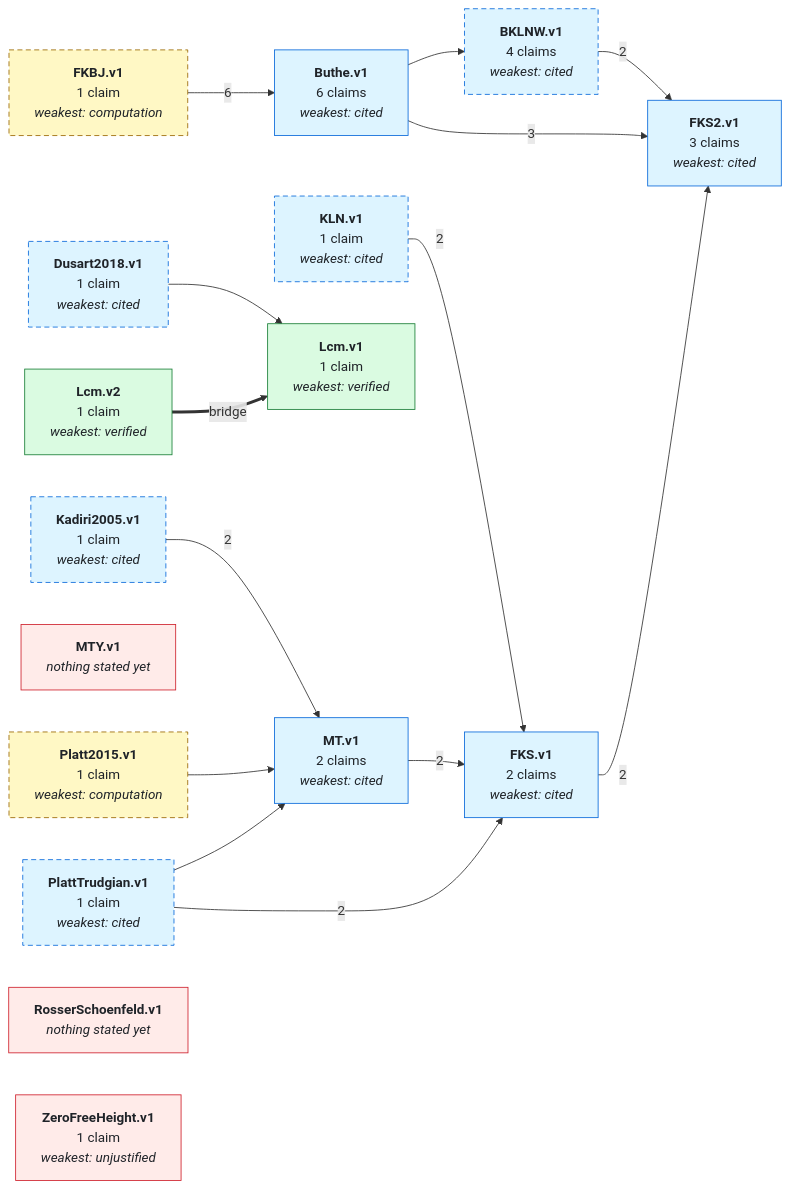
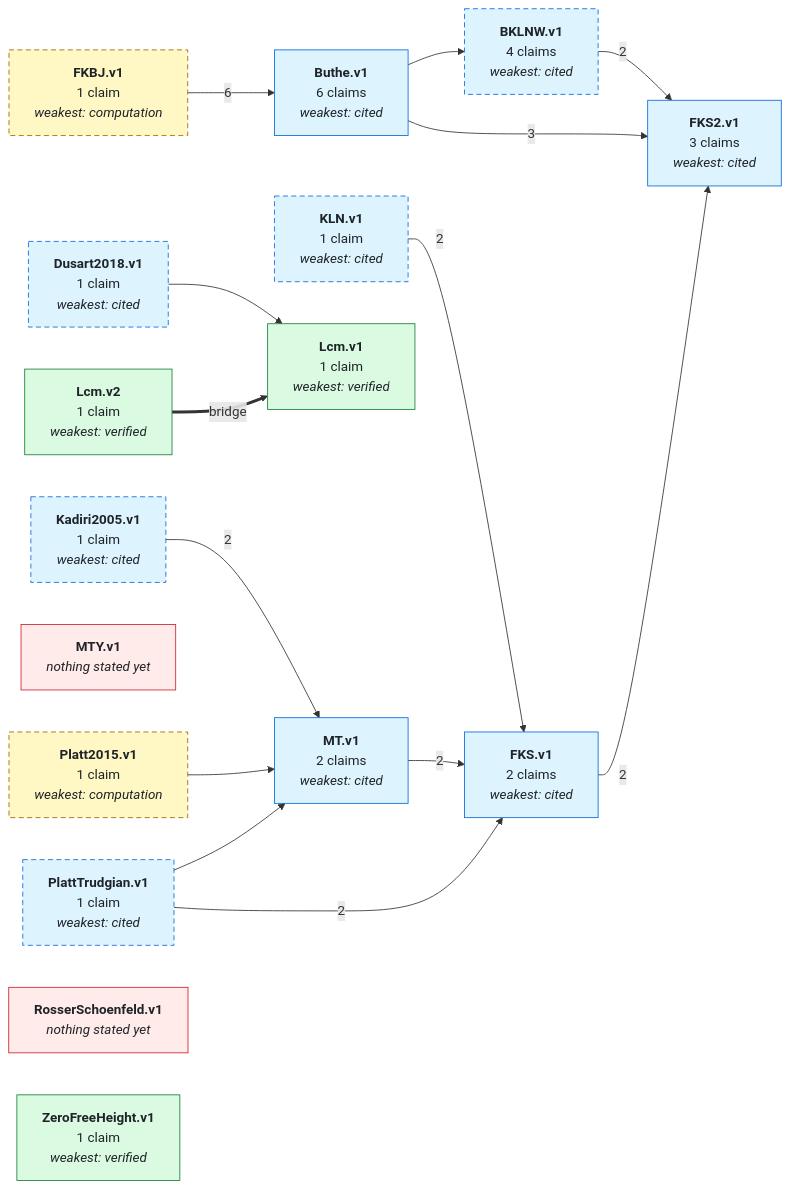
The first of 2 diagrams in GRAPH.md (teorth/IEANTN), drawn with Mermaid before and after one commit. The commit also changed other lines of this file and 5 other files, not shown here.

Commit message:
Record verification receipt for ZeroFreeHeight.v1

````diff
--- a/GRAPH.md
+++ b/GRAPH.md
@@ -40,63 +40,63 @@
 ```mermaid
 graph LR
   NBKLNW_v1["<b>BKLNW.v1</b><br/>4 claims<br/><i>weakest: cited</i>"]
   NButhe_v1["<b>Buthe.v1</b><br/>6 claims<br/><i>weakest: cited</i>"]
   NDusart2018_v1["<b>Dusart2018.v1</b><br/>1 claim<br/><i>weakest: cited</i>"]
   NFKBJ_v1["<b>FKBJ.v1</b><br/>1 claim<br/><i>weakest: computation</i>"]
   NFKS_v1["<b>FKS.v1</b><br/>2 claims<br/><i>weakest: cited</i>"]
   NFKS2_v1["<b>FKS2.v1</b><br/>3 claims<br/><i>weakest: cited</i>"]
   NKLN_v1["<b>KLN.v1</b><br/>1 claim<br/><i>weakest: cited</i>"]
   NKadiri2005_v1["<b>Kadiri2005.v1</b><br/>1 claim<br/><i>weakest: cited</i>"]
   NLcm_v1["<b>Lcm.v1</b><br/>1 claim<br/><i>weakest: verified</i>"]
   NLcm_v2["<b>Lcm.v2</b><br/>1 claim<br/><i>weakest: verified</i>"]
   NMT_v1["<b>MT.v1</b><br/>2 claims<br/><i>weakest: cited</i>"]
   NMTY_v1["<b>MTY.v1</b><br/><i>nothing stated yet</i>"]
   NPlatt2015_v1["<b>Platt2015.v1</b><br/>1 claim<br/><i>weakest: computation</i>"]
   NPlattTrudgian_v1["<b>PlattTrudgian.v1</b><br/>1 claim<br/><i>weakest: cited</i>"]
   NRosserSchoenfeld_v1["<b>RosserSchoenfeld.v1</b><br/><i>nothing stated yet</i>"]
-  NZeroFreeHeight_v1["<b>ZeroFreeHeight.v1</b><br/>1 claim<br/><i>weakest: unjustified</i>"]
+  NZeroFreeHeight_v1["<b>ZeroFreeHeight.v1</b><br/>1 claim<br/><i>weakest: verified</i>"]
   NBKLNW_v1 -->|2| NFKS2_v1
   NButhe_v1 --> NBKLNW_v1
   NButhe_v1 -->|3| NFKS2_v1
   NDusart2018_v1 --> NLcm_v1
   NFKBJ_v1 -->|6| NButhe_v1
   NFKS_v1 -->|2| NFKS2_v1
   NKLN_v1 -->|2| NFKS_v1
   NKadiri2005_v1 -->|2| NMT_v1
   NMT_v1 -->|2| NFKS_v1
   NPlatt2015_v1 --> NMT_v1
   NPlattTrudgian_v1 -->|2| NFKS_v1
   NPlattTrudgian_v1 --> NMT_v1
   NLcm_v2 ==>|bridge| NLcm_v1
   style NBKLNW_v1 stroke-dasharray: 6 4;
   style NDusart2018_v1 stroke-dasharray: 6 4;
   style NFKBJ_v1 stroke-dasharray: 6 4;
   style NKLN_v1 stroke-dasharray: 6 4;
   style NKadiri2005_v1 stroke-dasharray: 6 4;
   style NPlatt2015_v1 stroke-dasharray: 6 4;
   style NPlattTrudgian_v1 stroke-dasharray: 6 4;
-  class NMTY_v1,NRosserSchoenfeld_v1,NZeroFreeHeight_v1 none_yet;
+  class NMTY_v1,NRosserSchoenfeld_v1 none_yet;
   class NBKLNW_v1,NButhe_v1,NDusart2018_v1,NFKS_v1,NFKS2_v1,NKLN_v1,NKadiri2005_v1,NMT_v1,NPlattTrudgian_v1 literature;
   class NFKBJ_v1,NPlatt2015_v1 numerical;
-  class NLcm_v1,NLcm_v2 lean_comparator;
+  class NLcm_v1,NLcm_v2,NZeroFreeHeight_v1 lean_comparator;
   click NBKLNW_v1 href "https://github.com/teorth/IEANTN/blob/main/docs/nodes/BKLNW-v1.md" _blank
   click NButhe_v1 href "https://github.com/teorth/IEANTN/blob/main/docs/nodes/Buthe-v1.md" _blank
   click NDusart2018_v1 href "https://github.com/teorth/IEANTN/blob/main/docs/nodes/Dusart2018-v1.md" _blank
   click NFKBJ_v1 href "https://github.com/teorth/IEANTN/blob/main/docs/nodes/FKBJ-v1.md" _blank
   click NFKS_v1 href "https://github.com/teorth/IEANTN/blob/main/docs/nodes/FKS-v1.md" _blank
   click NFKS2_v1 href "https://github.com/teorth/IEANTN/blob/main/docs/nodes/FKS2-v1.md" _blank
   click NKLN_v1 href "https://github.com/teorth/IEANTN/blob/main/docs/nodes/KLN-v1.md" _blank
   click NKadiri2005_v1 href "https://github.com/teorth/IEANTN/blob/main/docs/nodes/Kadiri2005-v1.md" _blank
   click NLcm_v1 href "https://github.com/teorth/IEANTN/blob/main/docs/nodes/Lcm-v1.md" _blank
   click NLcm_v2 href "https://github.com/teorth/IEANTN/blob/main/docs/nodes/Lcm-v2.md" _blank
   click NMT_v1 href "https://github.com/teorth/IEANTN/blob/main/docs/nodes/MT-v1.md" _blank
   click NPlatt2015_v1 href "https://github.com/teorth/IEANTN/blob/main/docs/nodes/Platt2015-v1.md" _blank
   click NPlattTrudgian_v1 href "https://github.com/teorth/IEANTN/blob/main/docs/nodes/PlattTrudgian-v1.md" _blank
   click NZeroFreeHeight_v1 href "https://github.com/teorth/IEANTN/blob/main/docs/nodes/ZeroFreeHeight-v1.md" _blank
   classDef lean_comparator fill:#dafbe1,stroke:#1a7f37,color:#1f2328;
   classDef numerical fill:#fff8c5,stroke:#9a6700,color:#1f2328;
   classDef literature fill:#ddf4ff,stroke:#0969da,color:#1f2328;
   classDef asserted fill:#fff1e5,stroke:#bc4c00,color:#1f2328;
   classDef bridged fill:#fbefff,stroke:#8250df,color:#1f2328;
   classDef none_yet fill:#ffebe9,stroke:#cf222e,color:#1f2328;
 ```
````
